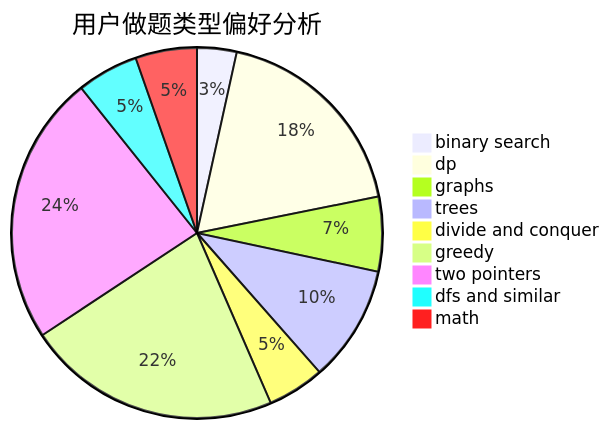
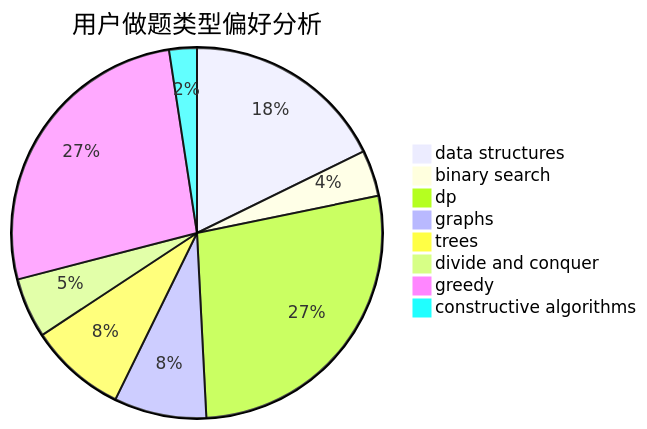
Before and after one commit to sherpahu/cfrs.github.io: the second of 3 diagrams in docs/user/u1502.md, drawn with Mermaid. The commit also changed other lines of this file and 2775 other files, not shown here.

````diff
--- a/docs/user/u1502.md
+++ b/docs/user/u1502.md
@@ -23,12 +23,11 @@
 ```mermaid
 pie title 用户做题类型偏好分析
-    "binary search" :  18
-    "dp" :  96
-    "graphs" :  34
-    "trees" :  53
-    "divide and conquer" :  26
-    "greedy" :  116
-    "two pointers" :  123
-    "dfs and similar" :  28
-    "math" :  28
+    "data structures" :  44
+    "binary search" :  10
+    "dp" :  68
+    "graphs" :  20
+    "trees" :  21
+    "divide and conquer" :  13
+    "greedy" :  66
+    "constructive algorithms" :  6
 ```
````
